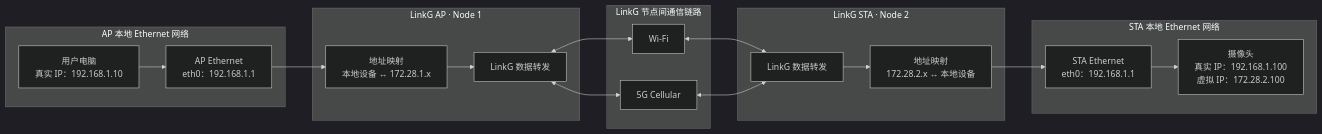
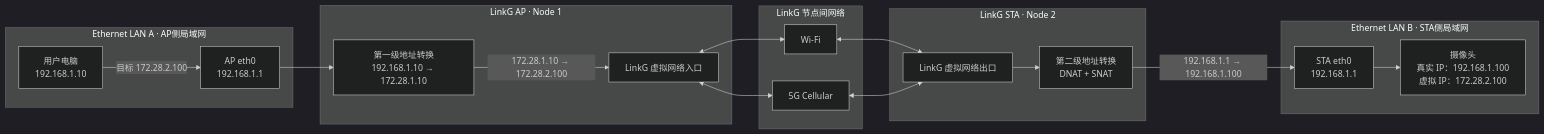
One commit to wnd443724421-cell/linkg changed the first of 3 diagrams in linkg-project-plan/LinkG项目具体落实方案_模块化/00-架构总览与模块关系.md. Above: the diagram before and after it, drawn with Mermaid (dark theme). The commit also changed other lines of this file, not shown here.

Commit message:
docs: clarify dual Ethernet and two-stage NAT path

````diff
--- a/linkg-project-plan/LinkG项目具体落实方案_模块化/00-架构总览与模块关系.md
+++ b/linkg-project-plan/LinkG项目具体落实方案_模块化/00-架构总览与模块关系.md
@@ -46,40 +71,40 @@
 ```mermaid
 flowchart LR
-    subgraph UserLAN[AP 本地 Ethernet 网络]
-        PC[用户电脑<br/>真实 IP：192.168.1.10]
-        APETH[AP Ethernet<br/>eth0：192.168.1.1]
+    subgraph LAN_A[Ethernet LAN A · AP侧局域网]
+        PC[用户电脑<br/>192.168.1.10]
+        APETH[AP eth0<br/>192.168.1.1]
     end
 
-    subgraph APNode[LinkG AP · Node 1]
-        APNAT[地址映射<br/>本地设备 ↔ 172.28.1.x]
-        APCORE[LinkG 数据转发]
+    subgraph AP[LinkG AP · Node 1]
+        NAT_A[第一级地址转换<br/>192.168.1.10 → 172.28.1.10]
+        AP_CORE[LinkG 虚拟网络入口]
     end
 
-    subgraph Bearer[LinkG 节点间通信链路]
+    subgraph LINKG_NET[LinkG 节点间网络]
         WIFI[Wi-Fi]
         CELL[5G Cellular]
     end
 
-    subgraph STANode[LinkG STA · Node 2]
-        STACORE[LinkG 数据转发]
-        STANAT[地址映射<br/>172.28.2.x ↔ 本地设备]
+    subgraph STA[LinkG STA · Node 2]
+        STA_CORE[LinkG 虚拟网络出口]
+        NAT_B[第二级地址转换<br/>DNAT + SNAT]
     end
 
-    subgraph DeviceLAN[STA 本地 Ethernet 网络]
-        STAETH[STA Ethernet<br/>eth0：192.168.1.1]
+    subgraph LAN_B[Ethernet LAN B · STA侧局域网]
+        STAETH[STA eth0<br/>192.168.1.1]
         CAMERA[摄像头<br/>真实 IP：192.168.1.100<br/>虚拟 IP：172.28.2.100]
     end
 
-    PC --> APETH
-    APETH --> APNAT
-    APNAT --> APCORE
+    PC -->|目标 172.28.2.100| APETH
+    APETH --> NAT_A
+    NAT_A -->|172.28.1.10 → 172.28.2.100| AP_CORE
 
-    APCORE <--> WIFI
-    APCORE <--> CELL
-    WIFI <--> STACORE
-    CELL <--> STACORE
+    AP_CORE <--> WIFI
+    AP_CORE <--> CELL
+    WIFI <--> STA_CORE
+    CELL <--> STA_CORE
 
-    STACORE --> STANAT
-    STANAT --> STAETH
+    STA_CORE --> NAT_B
+    NAT_B -->|192.168.1.1 → 192.168.1.100| STAETH
     STAETH --> CAMERA
 ```
````
